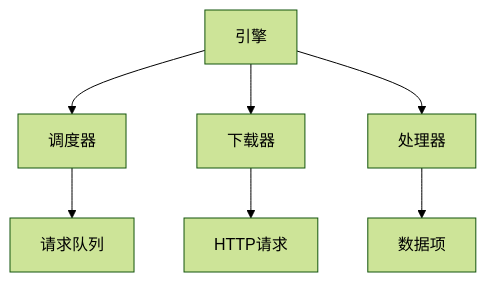
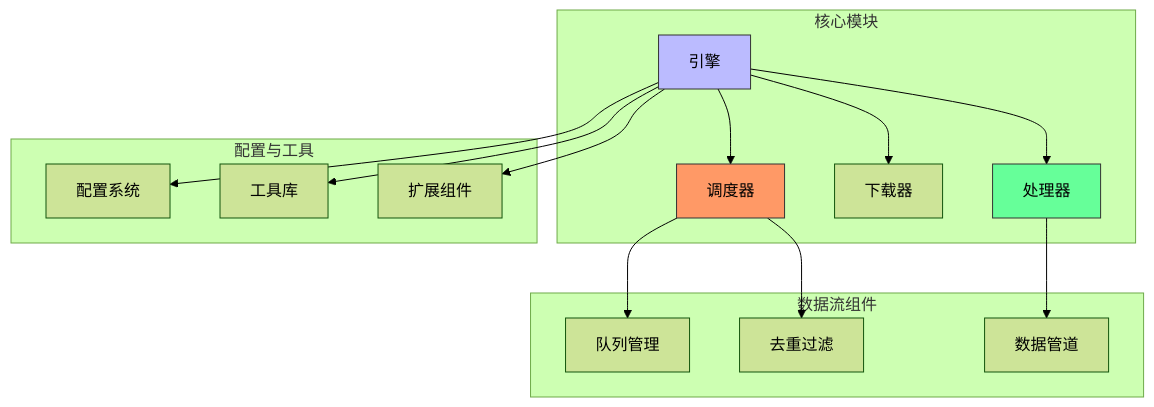
Before and after one commit to crawl-coder/Crawlo: the diagram in docs/modules/core/index.md, drawn with Mermaid (forest theme). The commit also changed other lines of this file and 98 other files, not shown here.

````diff
--- a/docs/modules/core/index.md
+++ b/docs/modules/core/index.md
@@ -21,9 +18,31 @@
 ```mermaid
-graph TD
-    A[引擎] --> B[调度器]
-    A --> C[下载器]
-    A --> D[处理器]
-    B --> E[请求队列]
-    C --> F[HTTP请求]
-    D --> G[数据项]
+graph TB
+subgraph "核心模块"
+Engine[引擎]
+Scheduler[调度器]
+Downloader[下载器]
+Processor[处理器]
+end
+subgraph "数据流组件"
+Queue[队列管理]
+Filter[去重过滤]
+Pipeline[数据管道]
+end
+subgraph "配置与工具"
+Settings[配置系统]
+Utils[工具库]
+Extension[扩展组件]
+end
+Engine --> Scheduler
+Engine --> Downloader
+Engine --> Processor
+Scheduler --> Queue
+Scheduler --> Filter
+Processor --> Pipeline
+Engine --> Settings
+Engine --> Utils
+Engine --> Extension
+style Engine fill:#bbf,stroke:#333
+style Scheduler fill:#f96,stroke:#333
+style Processor fill:#6f9,stroke:#333
 ```
````
